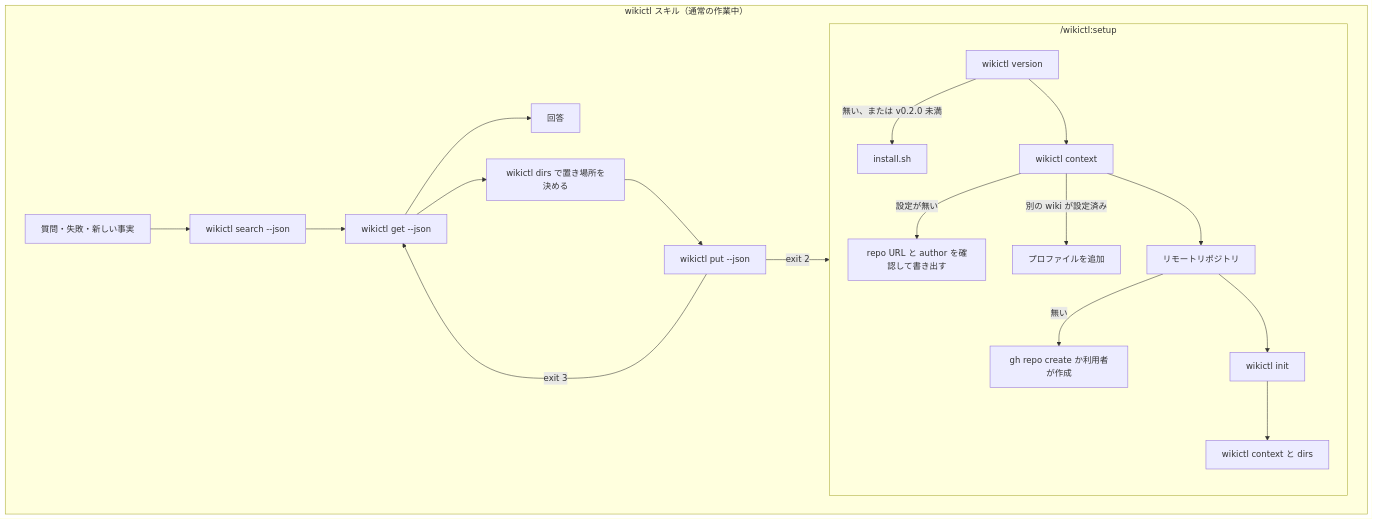
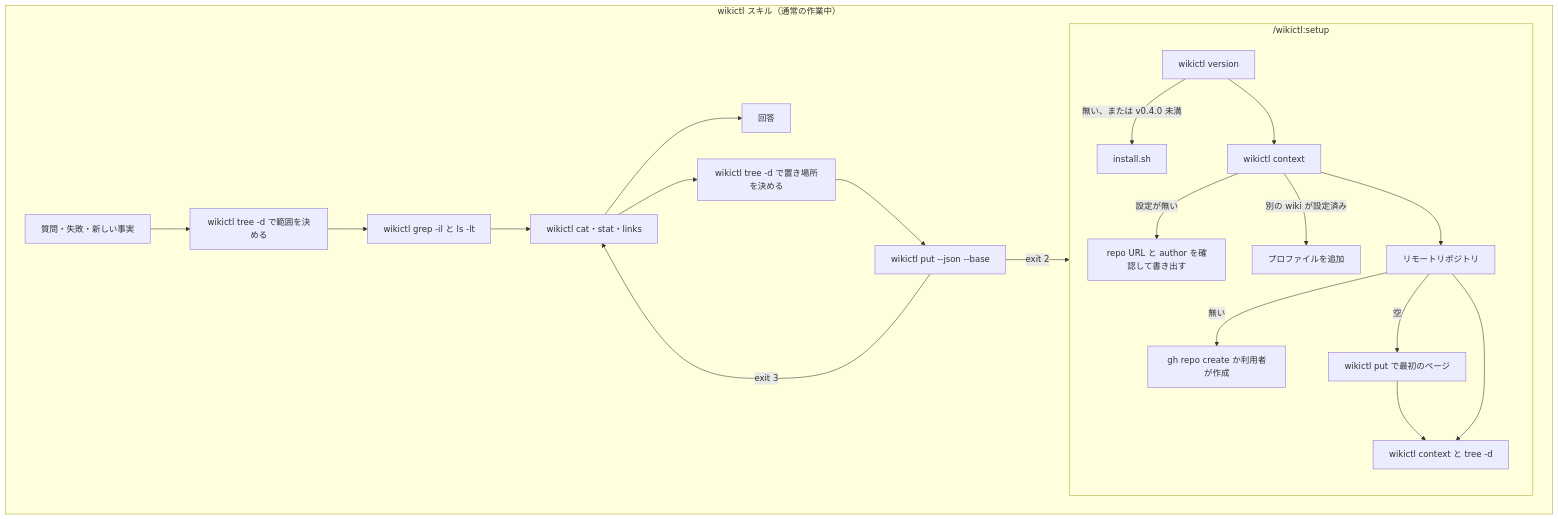
One commit to roamer7038/wikictl-claude-plugin changed the diagram in README.ja.md. Above: the diagram before and after it, drawn with Mermaid. The commit also changed other lines of this file and 4 other files, not shown here.

````diff
--- a/README.ja.md
+++ b/README.ja.md
@@ -31,19 +31,21 @@
 ```mermaid
 flowchart TD
     subgraph setup["/wikictl:setup"]
-        S1[wikictl version] -->|無い、または v0.2.0 未満| S1a[install.sh]
+        S1[wikictl version] -->|無い、または v0.4.0 未満| S1a[install.sh]
         S1 --> S2[wikictl context] -->|設定が無い| S2a[repo URL と author を確認して書き出す]
         S2 -->|別の wiki が設定済み| S2b[プロファイルを追加]
         S2 --> S3[リモートリポジトリ] -->|無い| S3a[gh repo create か利用者が作成]
-        S3 --> S4[wikictl init] --> S5[wikictl context と dirs]
+        S3 -->|空| S4[wikictl put で最初のページ] --> S5[wikictl context と tree -d]
+        S3 --> S5
     end
     subgraph use["wikictl スキル（通常の作業中）"]
-        U1[質問・失敗・新しい事実] --> U2[wikictl search --json]
-        U2 --> U3[wikictl get --json]
-        U3 --> U4[回答]
-        U3 --> U5[wikictl dirs で置き場所を決める]
-        U5 --> U6[wikictl put --json]
-        U6 -->|exit 3| U3
-        U6 -->|exit 2| setup
+        U1[質問・失敗・新しい事実] --> U2[wikictl tree -d で範囲を決める]
+        U2 --> U3[wikictl grep -il と ls -lt]
+        U3 --> U4[wikictl cat・stat・links]
+        U4 --> U5[回答]
+        U4 --> U6[wikictl tree -d で置き場所を決める]
+        U6 --> U7[wikictl put --json --base]
+        U7 -->|exit 3| U4
+        U7 -->|exit 2| setup
     end
 ```
````
